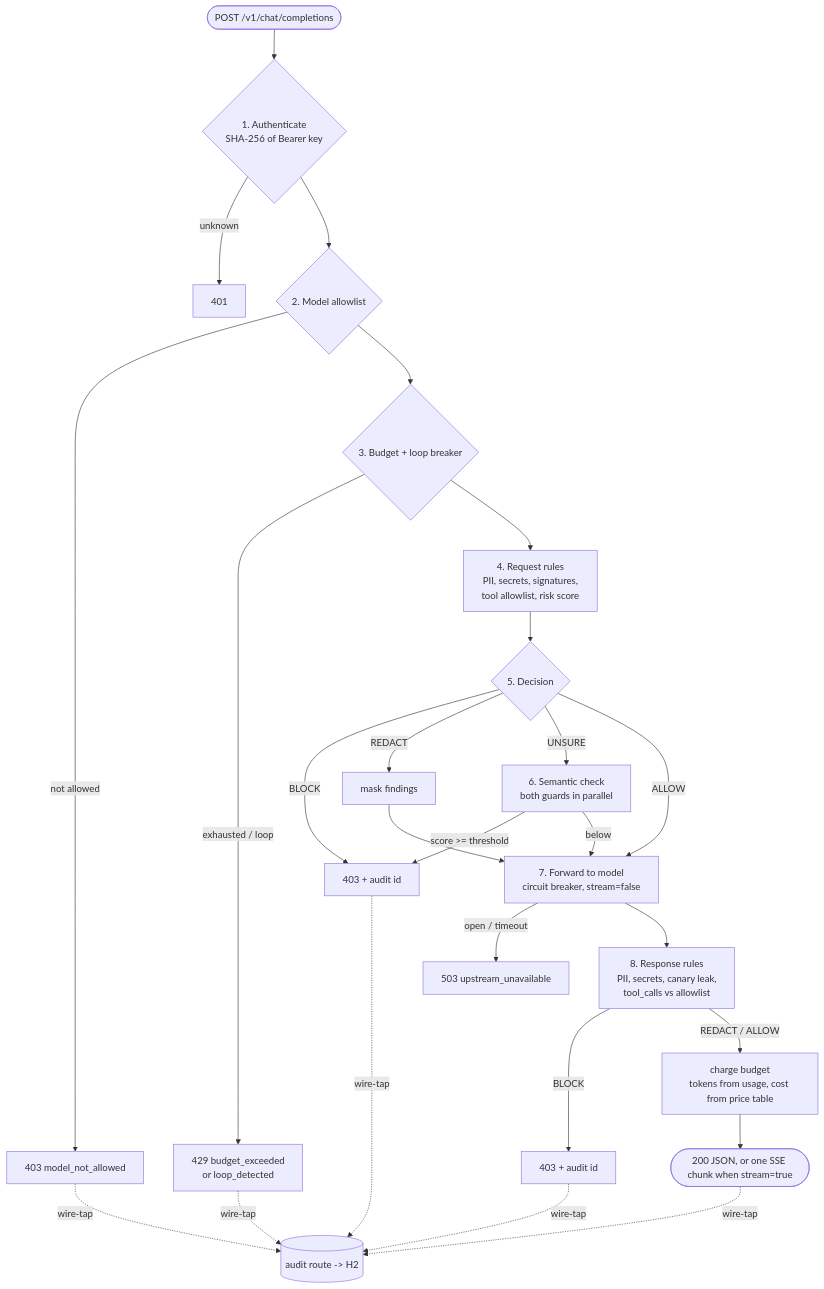
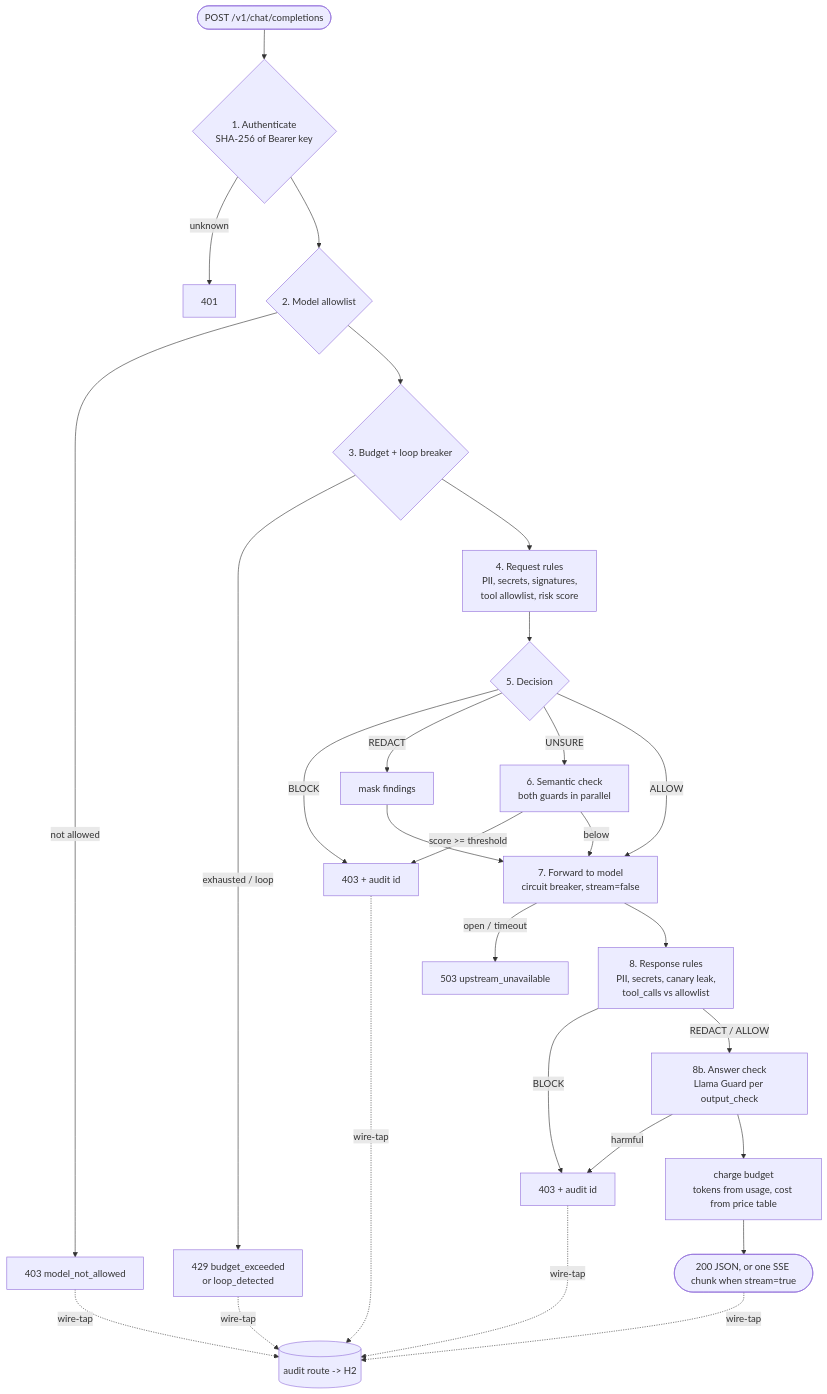
Before and after one commit to k-krawczyk/aigate: the second of 4 diagrams in docs/ARCHITECTURE.md, drawn with Mermaid. The commit also changed other lines of this file, not shown here.

Commit message:
Show the answer check in the architecture doc
Adds the output_semantic step to the pipeline diagram and the active
markup and harmful-answer controls to the OWASP table.

````diff
--- a/docs/ARCHITECTURE.md
+++ b/docs/ARCHITECTURE.md
@@ -60,24 +60,26 @@
 ```mermaid
 flowchart TD
     IN([POST /v1/chat/completions]) --> AUTH{1. Authenticate<br/>SHA-256 of Bearer key}
     AUTH -- unknown --> R401[401]
     AUTH --> MODEL{2. Model allowlist}
     MODEL -- not allowed --> R403a[403 model_not_allowed]
     MODEL --> BUD{3. Budget + loop breaker}
     BUD -- exhausted / loop --> R429[429 budget_exceeded<br/>or loop_detected]
     BUD --> RULES[4. Request rules<br/>PII, secrets, signatures,<br/>tool allowlist, risk score]
     RULES --> DEC{5. Decision}
     DEC -- BLOCK --> R403b[403 + audit id]
     DEC -- REDACT --> MASK[mask findings] --> FWD
     DEC -- UNSURE --> SEM[6. Semantic check<br/>both guards in parallel]
     DEC -- ALLOW --> FWD
     SEM -- score >= threshold --> R403b
     SEM -- below --> FWD
     FWD[7. Forward to model<br/>circuit breaker, stream=false] -- open / timeout --> R503[503 upstream_unavailable]
     FWD --> OUT[8. Response rules<br/>PII, secrets, canary leak,<br/>tool_calls vs allowlist]
     OUT -- BLOCK --> R403c[403 + audit id]
-    OUT -- REDACT / ALLOW --> CHARGE[charge budget<br/>tokens from usage, cost from price table]
+    OUT -- REDACT / ALLOW --> OSEM[8b. Answer check<br/>Llama Guard per output_check]
+    OSEM -- harmful --> R403c
+    OSEM --> CHARGE[charge budget<br/>tokens from usage, cost from price table]
     CHARGE --> RESP([200 JSON, or one SSE chunk when stream=true])
 
     R403a & R403b & R403c & R429 & RESP -. wire-tap .-> AUD[(audit route -> H2)]
 ```
````
